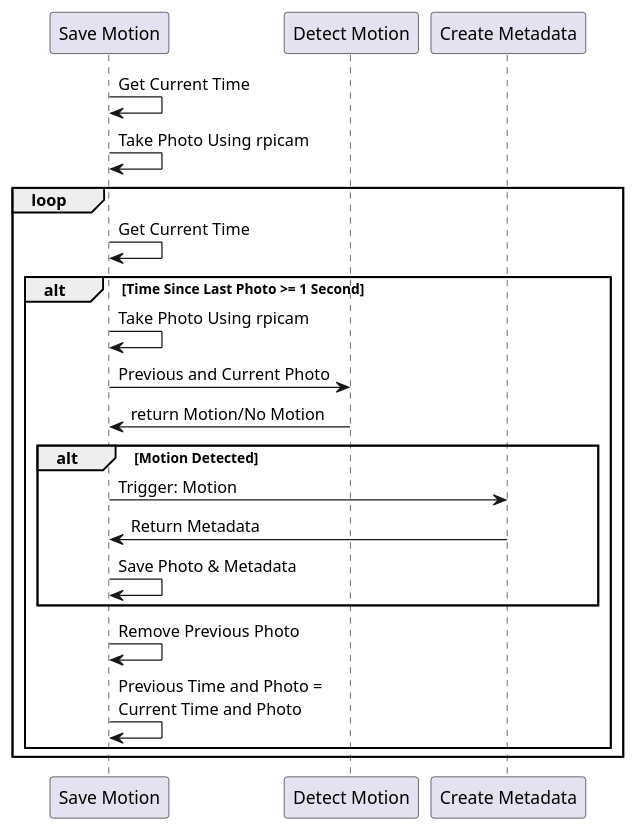
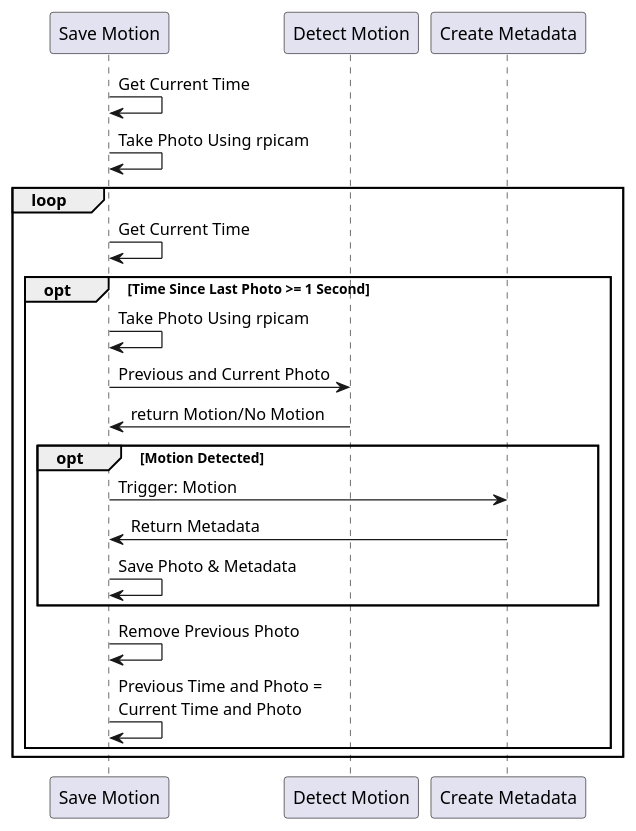
One commit to AlexanderNorup/emli-wildlife-project changed the diagram in diagrams/photo-processes/motion-photo.wsd. Above: the diagram before and after it, drawn with PlantUML.

Commit message:
Alt -> Opt

```diff
--- a/diagrams/photo-processes/motion-photo.wsd
+++ b/diagrams/photo-processes/motion-photo.wsd
@@ -1,25 +1,25 @@
 @startuml Motion Photo
 
   participant "Save Motion" as rpiSMotion
   participant "Detect Motion" as rpiDMotion
   participant "Create Metadata" as rpiMeta
 
 rpiSMotion -> rpiSMotion : Get Current Time
 rpiSMotion -> rpiSMotion : Take Photo Using rpicam
 
 loop
     rpiSMotion -> rpiSMotion : Get Current Time
-    alt Time Since Last Photo >= 1 Second
+    opt Time Since Last Photo >= 1 Second
       rpiSMotion -> rpiSMotion : Take Photo Using rpicam
       rpiSMotion -> rpiDMotion : Previous and Current Photo
       rpiDMotion -> rpiSMotion : return Motion/No Motion
-      alt Motion Detected
+      opt Motion Detected
         rpiSMotion -> rpiMeta : Trigger: Motion
         rpiMeta -> rpiSMotion : Return Metadata
         rpiSMotion -> rpiSMotion : Save Photo & Metadata
       end
       rpiSMotion -> rpiSMotion : Remove Previous Photo
       rpiSMotion -> rpiSMotion : Previous Time and Photo =\nCurrent Time and Photo
     end
 end
 @enduml
```
